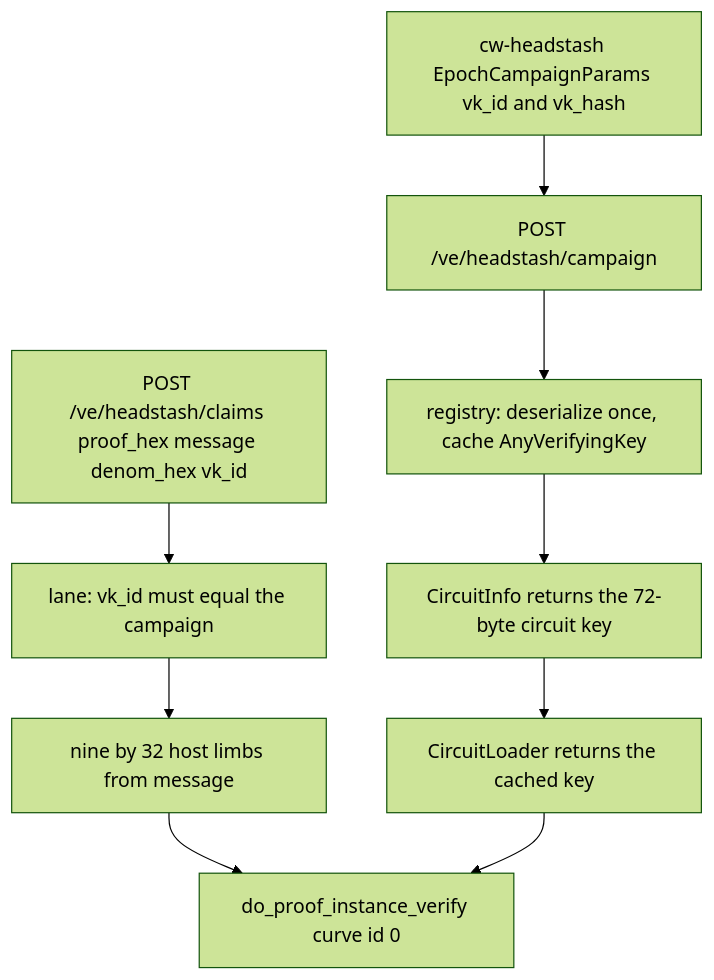
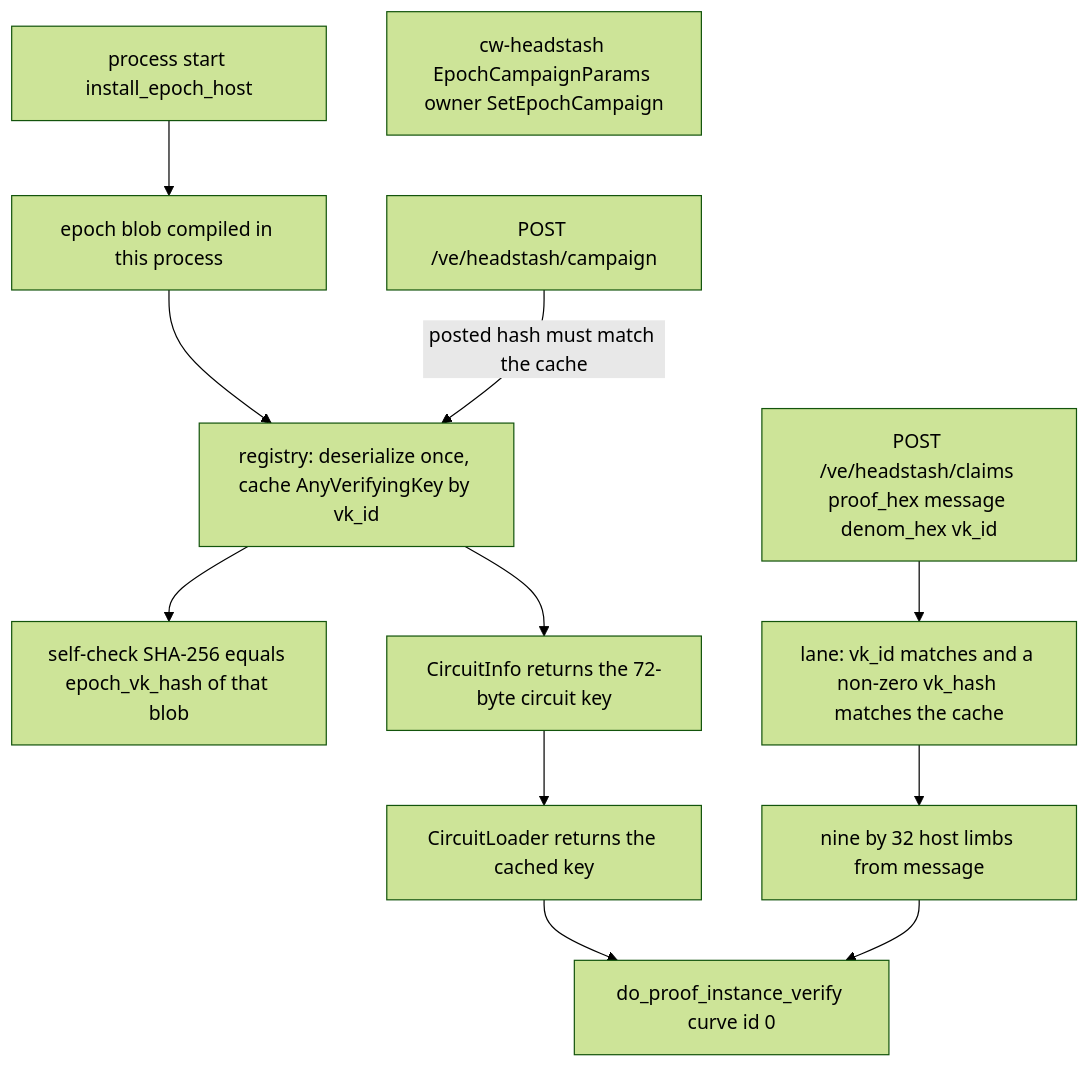
One commit to terpnetwork/terp-rs changed the fourth of 4 diagrams in tools/headstash/docs/circuit/HASHMARKET-HEADSTASH-INTEGRATION.md. Above: the diagram before and after it, drawn with Mermaid (forest theme). The commit also changed other lines of this file and 3 other files, not shown here.

First line of the commit message:
fix(headstash): bind halo2 claims to the cached vk hash

````diff
--- a/tools/headstash/docs/circuit/HASHMARKET-HEADSTASH-INTEGRATION.md
+++ b/tools/headstash/docs/circuit/HASHMARKET-HEADSTASH-INTEGRATION.md
@@ -956,21 +1018,26 @@
 ```mermaid
 flowchart TD
-  chain["cw-headstash EpochCampaignParams vk_id and vk_hash"]
+  proc["process start install_epoch_host"]
+  blob["epoch blob compiled in this process"]
+  reg["registry: deserialize once, cache AnyVerifyingKey by vk_id"]
+  self["self-check SHA-256 equals epoch_vk_hash of that blob"]
+  chain["cw-headstash EpochCampaignParams owner SetEpochCampaign"]
   camp["POST /ve/headstash/campaign"]
-  reg["registry: deserialize once, cache AnyVerifyingKey"]
   post["POST /ve/headstash/claims proof_hex message denom_hex vk_id"]
-  lane["lane: vk_id must equal the campaign"]
+  lane["lane: vk_id matches and a non-zero vk_hash matches the cache"]
   limbs["nine by 32 host limbs from message"]
   info["CircuitInfo returns the 72-byte circuit key"]
   loader["CircuitLoader returns the cached key"]
   host["do_proof_instance_verify curve id 0"]
 
-  chain --> camp
-  camp --> reg
+  proc --> blob
+  blob --> reg
+  reg --> self
+  camp -->|"posted hash must match the cache"| reg
   post --> lane
   lane --> limbs
   limbs --> host
   reg --> info
   info --> loader
   loader --> host
 ```
````
